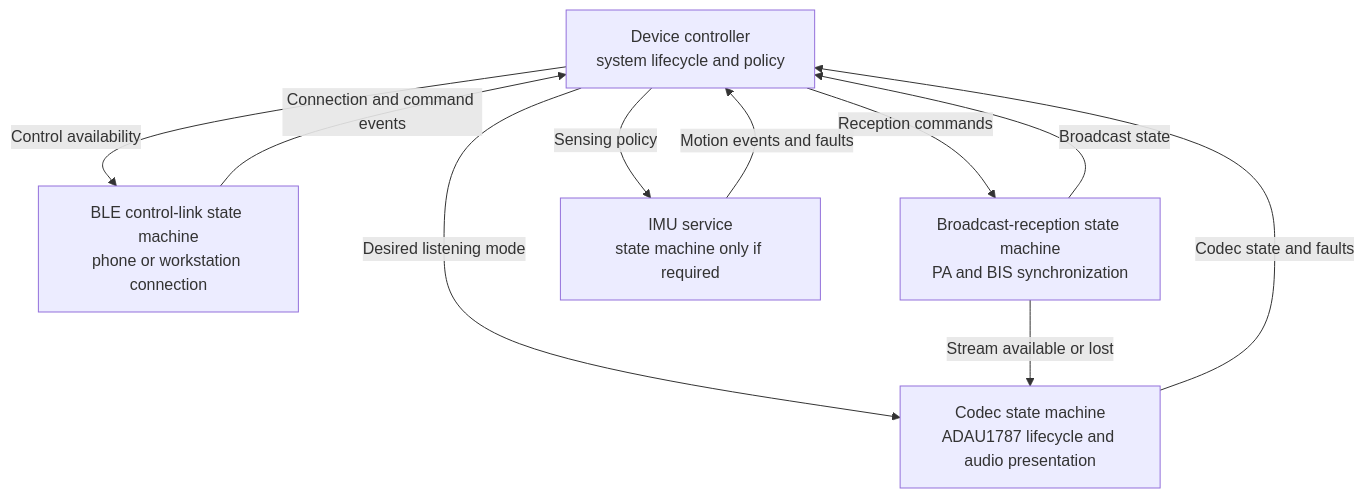
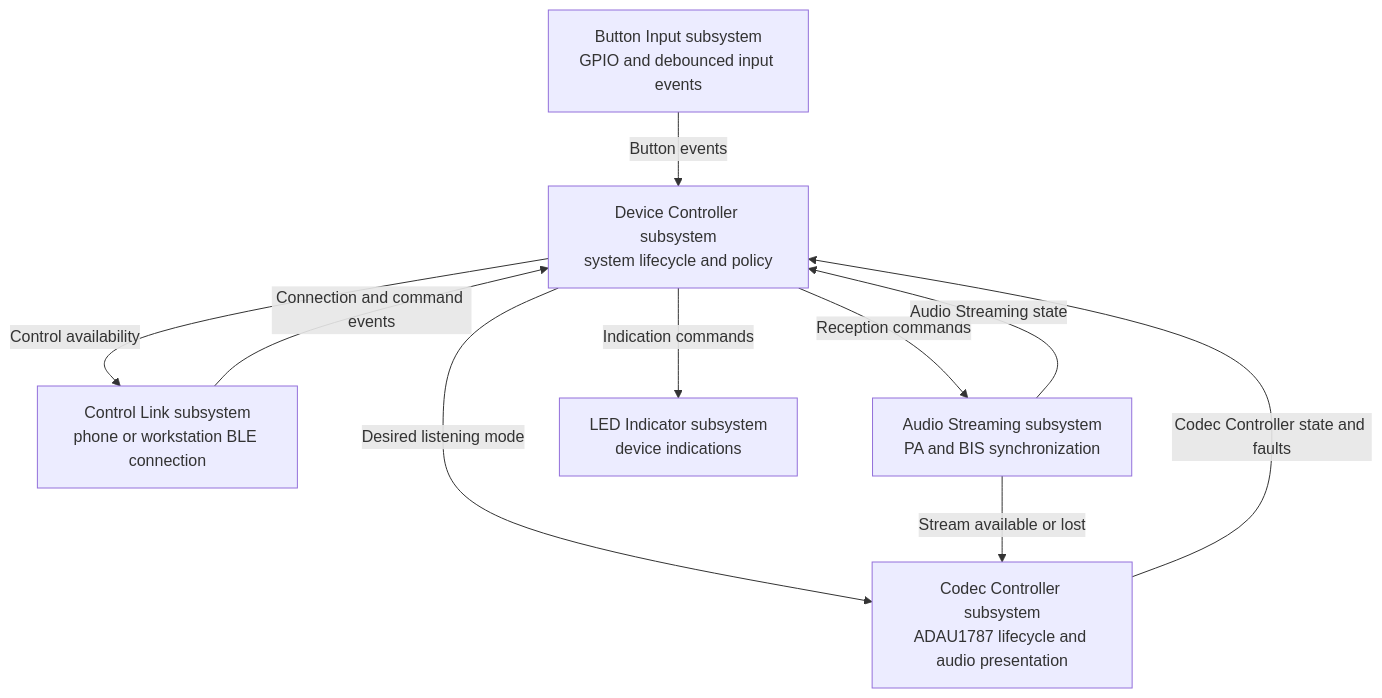
Before and after one commit to Matheus-Cavalcanti/tiresias-soak-test: the first of 6 diagrams in docs/architecture/control-plane.md, drawn with Mermaid. The commit also changed other lines of this file and 5 other files, not shown here.

Commit message:
refines documentation for control plane and subsystem architecture; updates naming conventions and clarifies subsystem responsibilities

````diff
--- a/docs/architecture/control-plane.md
+++ b/docs/architecture/control-plane.md
@@ -27,21 +27,22 @@
 ```mermaid
 flowchart TB
-    controller["Device controller<br/>system lifecycle and policy"]
+    controller["Device Controller subsystem<br/>system lifecycle and policy"]
 
-    controlLink["BLE control-link state machine<br/>phone or workstation connection"]
-    broadcast["Broadcast-reception state machine<br/>PA and BIS synchronization"]
-    codec["Codec state machine<br/>ADAU1787 lifecycle and audio presentation"]
-    imu["IMU service<br/>state machine only if required"]
+    controlLink["Control Link subsystem<br/>phone or workstation BLE connection"]
+    broadcast["Audio Streaming subsystem<br/>PA and BIS synchronization"]
+    codec["Codec Controller subsystem<br/>ADAU1787 lifecycle and audio presentation"]
+    button["Button Input subsystem<br/>GPIO and debounced input events"]
+    led["LED Indicator subsystem<br/>device indications"]
 
     controller -->|"Control availability"| controlLink
     controller -->|"Reception commands"| broadcast
     controller -->|"Desired listening mode"| codec
-    controller -->|"Sensing policy"| imu
+    controller -->|"Indication commands"| led
 
     controlLink -->|"Connection and command events"| controller
-    broadcast -->|"Broadcast state"| controller
-    codec -->|"Codec state and faults"| controller
-    imu -->|"Motion events and faults"| controller
+    broadcast -->|"Audio Streaming state"| controller
+    codec -->|"Codec Controller state and faults"| controller
+    button -->|"Button events"| controller
 
     broadcast -->|"Stream available or lost"| codec
 ```
````
